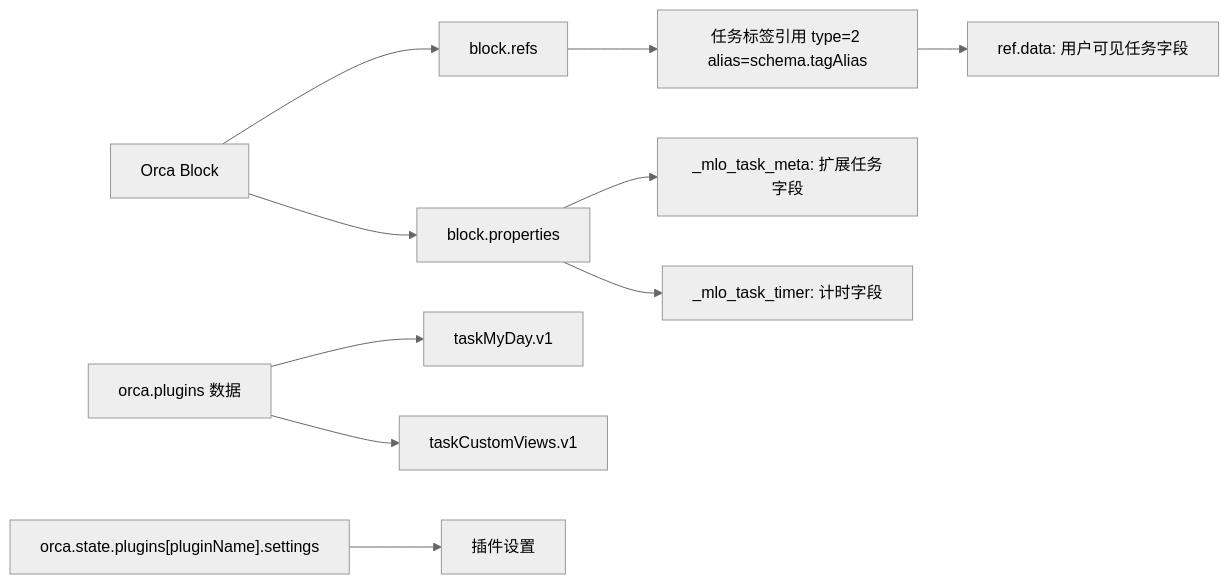
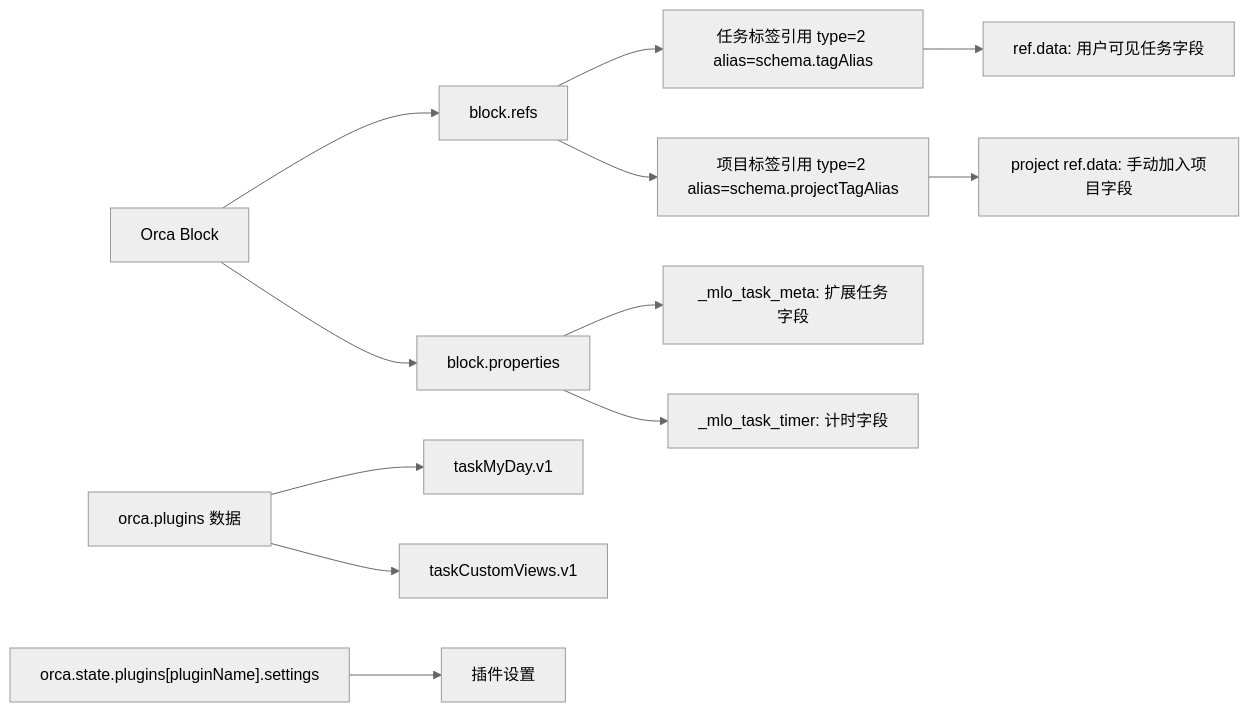
One commit to litcu/orca-plugin-task-planner changed the first of 3 diagrams in doc/数据流/02-数据模型与存储.md. Above: the diagram before and after it, drawn with Mermaid (neutral theme). The commit also changed other lines of this file and 25 other files, not shown here.

````diff
--- a/doc/数据流/02-数据模型与存储.md
+++ b/doc/数据流/02-数据模型与存储.md
@@ -15,12 +17,14 @@
 ```mermaid
 flowchart LR
   Block["Orca Block"] --> Refs["block.refs"]
   Block --> Props["block.properties"]
   Refs --> TaskTagRef["任务标签引用 type=2 alias=schema.tagAlias"]
+  Refs --> ProjectTagRef["项目标签引用 type=2 alias=schema.projectTagAlias"]
   TaskTagRef --> RefData["ref.data: 用户可见任务字段"]
+  ProjectTagRef --> ProjectData["project ref.data: 手动加入项目字段"]
   Props --> Meta["_mlo_task_meta: 扩展任务字段"]
   Props --> Timer["_mlo_task_timer: 计时字段"]
   Plugin["orca.plugins 数据"] --> MyDay["taskMyDay.v1"]
   Plugin --> CustomViews["taskCustomViews.v1"]
   PluginSettings["orca.state.plugins[pluginName].settings"] --> Settings["插件设置"]
 ```
````
